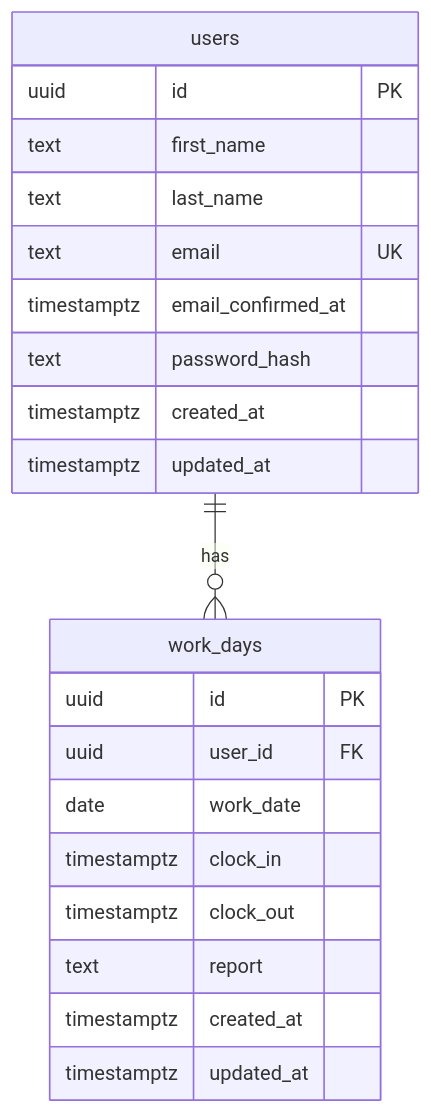
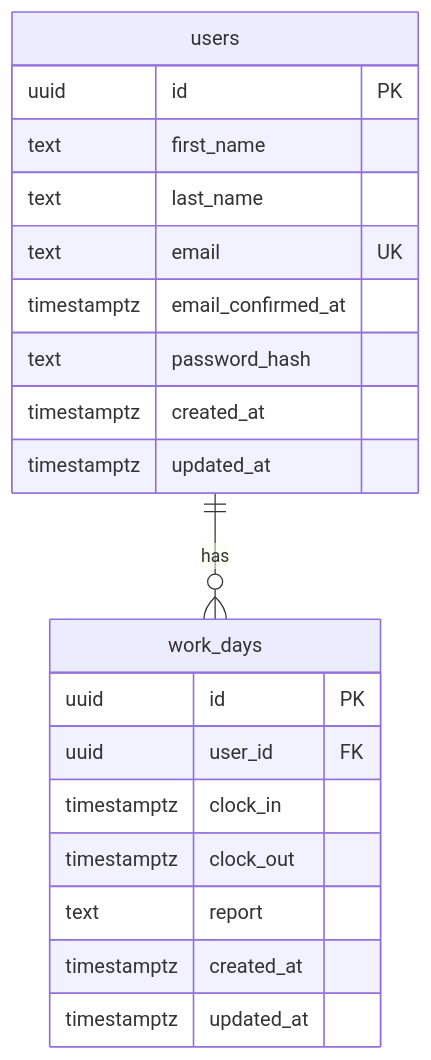
Before and after one commit to gianluca-schulz/apprentice-clock: the diagram in docs/data-model.md, drawn with Mermaid. The commit also changed other lines of this file, not shown here.

Commit message:
docs(data-model): remove work_date and use a unique index on the clock-in day

````diff
--- a/docs/data-model.md
+++ b/docs/data-model.md
@@ -94,24 +94,23 @@
 ```mermaid
 erDiagram
     users ||--o{ work_days : "has"
     users {
         uuid id PK
         text first_name
         text last_name
         text email UK
         timestamptz email_confirmed_at
         text password_hash
         timestamptz created_at
         timestamptz updated_at
     }
     work_days {
         uuid id PK
         uuid user_id FK
-        date work_date
         timestamptz clock_in
         timestamptz clock_out
         text report
         timestamptz created_at
         timestamptz updated_at
     }
 ```
````
